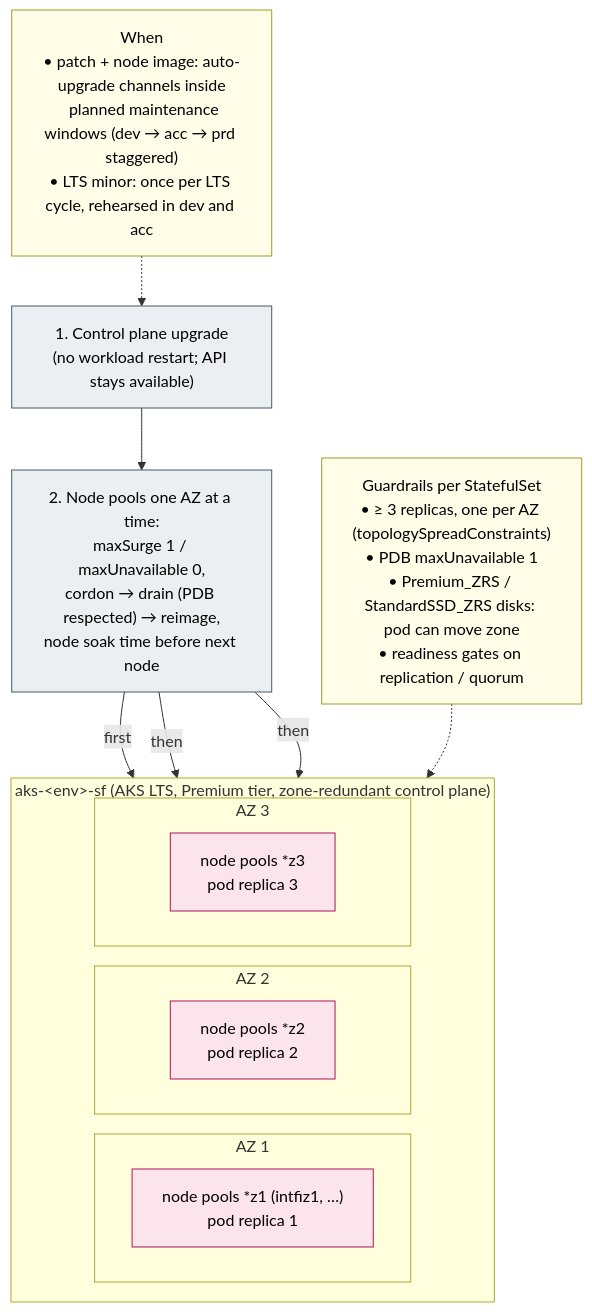
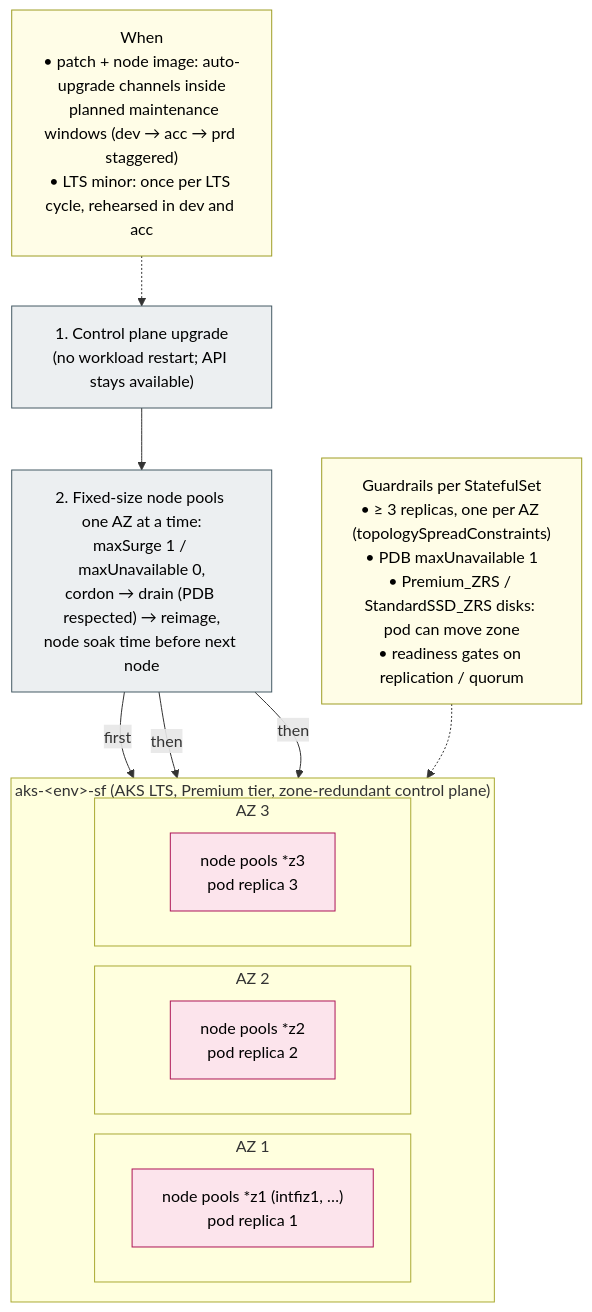
Before and after one commit to olljanat-ai/aks-design: the diagram in diagrams/12-stateful-upgrade.mmd, drawn with Mermaid. The commit also changed 12 other files, not shown here.

First line of the commit message:
Use node auto provisioning in stateless clusters, fixed node pools in stateful

```diff
--- a/diagrams/12-stateful-upgrade.mmd
+++ b/diagrams/12-stateful-upgrade.mmd
@@ -1,34 +1,34 @@
 %% Zero-downtime upgrade of the single zone-redundant stateful cluster: in-place, one availability zone at a time,
 %% protected by PodDisruptionBudgets and zone-redundant storage.
 flowchart TB
     subgraph SF["aks-&lt;env&gt;-sf (AKS LTS, Premium tier, zone-redundant control plane)"]
         direction LR
         subgraph Z1["AZ 1"]
             n1["node pools *z1 (intfiz1, …)<br/>pod replica 1"]
         end
         subgraph Z2["AZ 2"]
             n2["node pools *z2<br/>pod replica 2"]
         end
         subgraph Z3["AZ 3"]
             n3["node pools *z3<br/>pod replica 3"]
         end
     end
 
     cp["1. Control plane upgrade<br/>(no workload restart; API stays available)"]
-    np["2. Node pools one AZ at a time:<br/>maxSurge 1 / maxUnavailable 0,<br/>cordon → drain (PDB respected) → reimage,<br/>node soak time before next node"]
+    np["2. Fixed-size node pools one AZ at a time:<br/>maxSurge 1 / maxUnavailable 0,<br/>cordon → drain (PDB respected) → reimage,<br/>node soak time before next node"]
     pdb["Guardrails per StatefulSet<br/>• ≥ 3 replicas, one per AZ (topologySpreadConstraints)<br/>• PDB maxUnavailable 1<br/>• Premium_ZRS / StandardSSD_ZRS disks: pod can move zone<br/>• readiness gates on replication / quorum"]
     when["When<br/>• patch + node image: auto-upgrade channels inside<br/>  planned maintenance windows (dev → acc → prd staggered)<br/>• LTS minor: once per LTS cycle, rehearsed in dev and acc"]
 
     cp --> np
     np -->|"first"| n1
     np -->|"then"| n2
     np -->|"then"| n3
     pdb -.-> SF
     when -.-> cp
 
     classDef sf fill:#fce4ec,stroke:#ad1457,color:#000
     classDef note fill:#fffde7,stroke:#9e9d24,color:#000
     classDef cp fill:#eceff1,stroke:#455a64,color:#000
     class n1,n2,n3 sf
     class pdb,when note
     class cp,np cp
```
